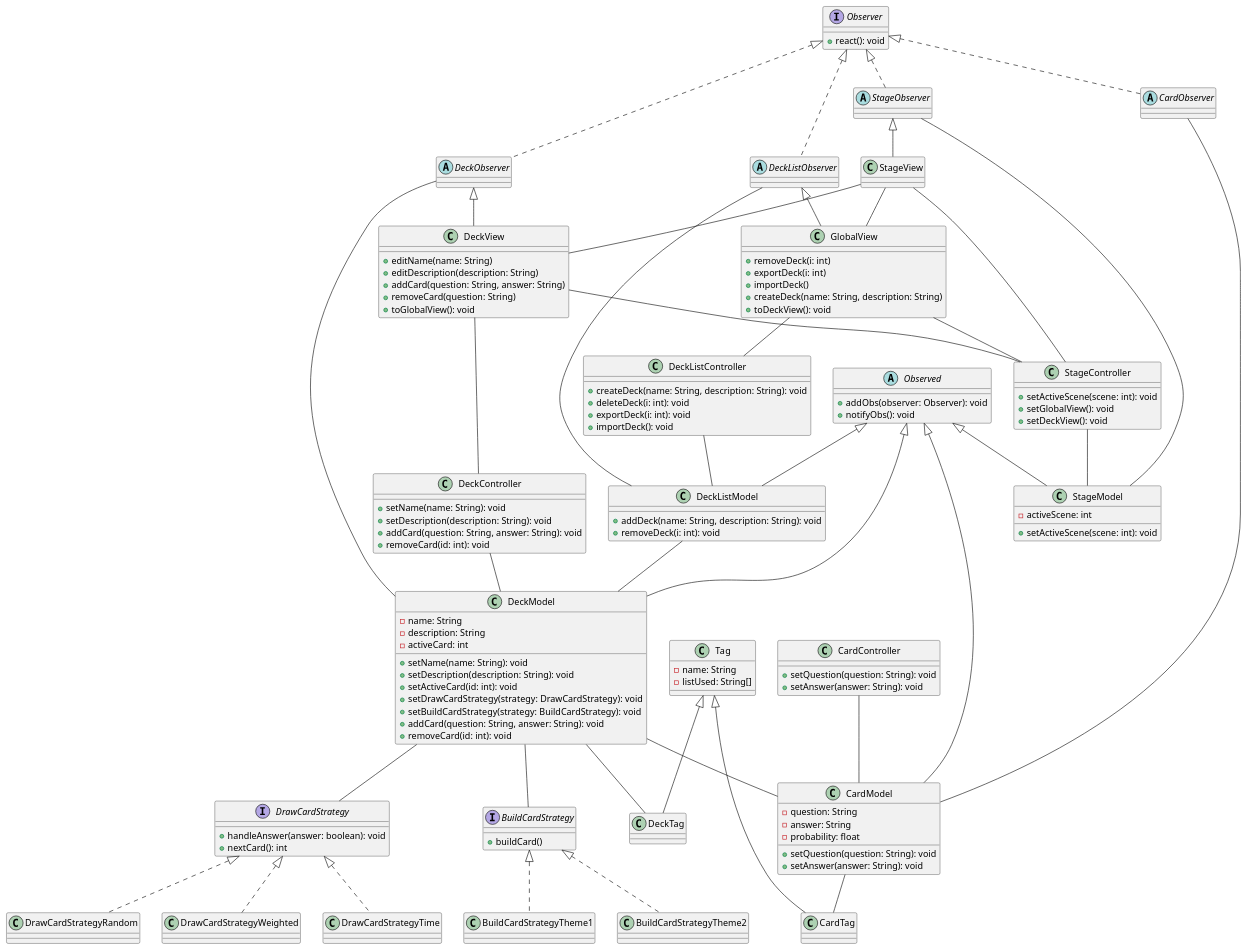
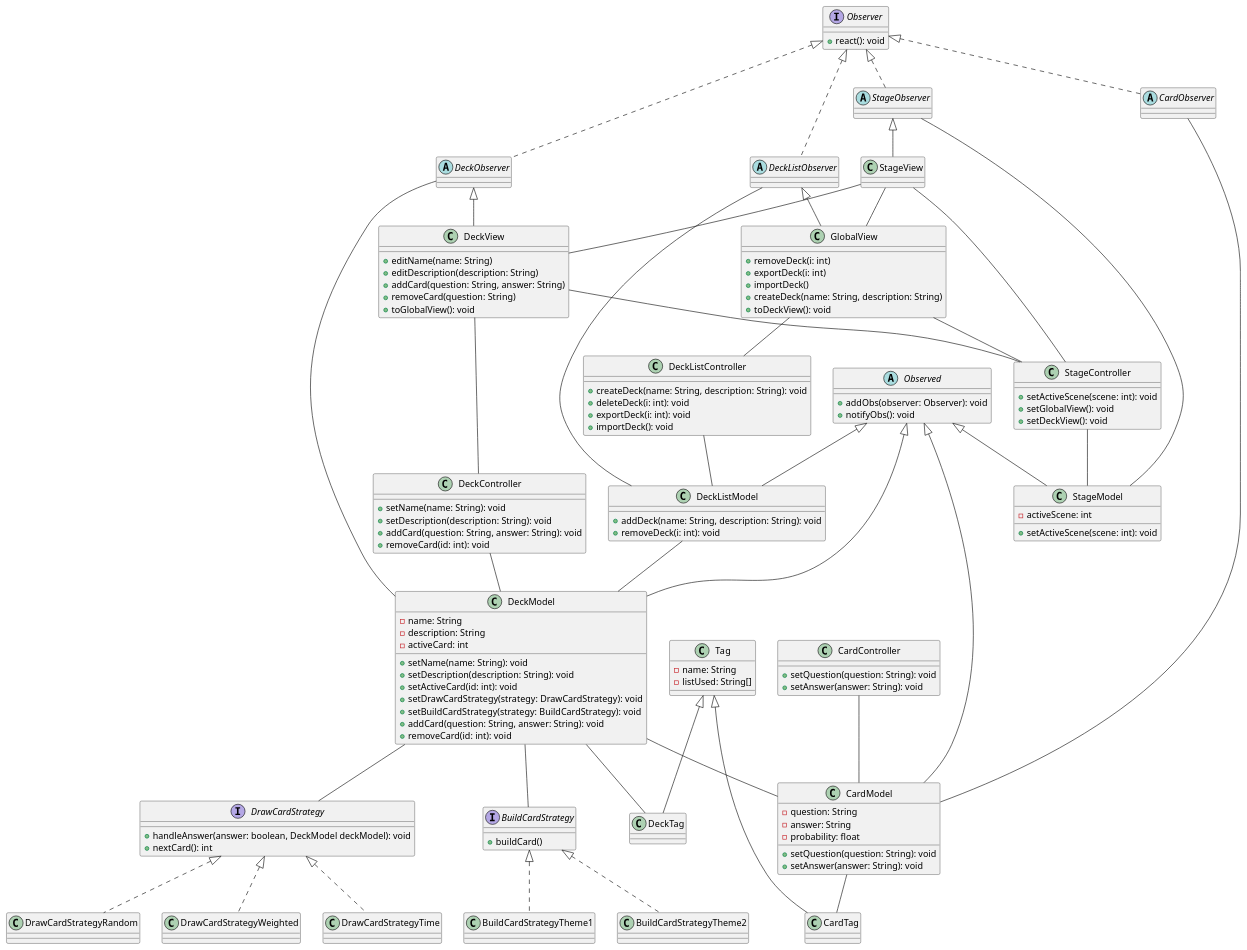
The diagram in GestionProjet/classDiagram.wsd (BigBaz54/TN_Flashcards), drawn with PlantUML before and after one commit.

Commit message:
[+] oubli diagramme classes

```diff
--- a/GestionProjet/classDiagram.wsd
+++ b/GestionProjet/classDiagram.wsd
@@ -1,161 +1,161 @@
 @startuml
 interface Observer {
     + react(): void
 }
 
 abstract class CardObserver implements Observer {
 }
 
 abstract class DeckObserver implements Observer {
 }
 
 abstract class DeckListObserver implements Observer {
 }
 
 abstract class StageObserver implements Observer {
 }
 
 abstract class Observed {
     + addObs(observer: Observer): void
     + notifyObs(): void
 }
 
 class GlobalView extends DeckListObserver {
     + removeDeck(i: int)
     + exportDeck(i: int)
     + importDeck()
     + createDeck(name: String, description: String)
     + toDeckView(): void
 }
 
 class DeckView extends DeckObserver {
     + editName(name: String)
     + editDescription(description: String)
     + addCard(question: String, answer: String)
     + removeCard(question: String)
     + toGlobalView(): void
 }
 
 class StageView extends StageObserver {
 }
 
 class DeckListModel extends Observed {
     + addDeck(name: String, description: String): void
     + removeDeck(i: int): void
 }
 
 class DeckModel extends Observed {
     - name: String
     - description: String
     - activeCard: int
     + setName(name: String): void
     + setDescription(description: String): void
     + setActiveCard(id: int): void
     + setDrawCardStrategy(strategy: DrawCardStrategy): void
     + setBuildCardStrategy(strategy: BuildCardStrategy): void
     + addCard(question: String, answer: String): void
     + removeCard(id: int): void
 }
 
 class CardModel extends Observed {
     - question: String
     - answer: String
     - probability: float
     + setQuestion(question: String): void
     + setAnswer(answer: String): void
 }
 
 class StageModel extends Observed {
     - activeScene: int
     + setActiveScene(scene: int): void
 }
 
 class DeckListController {
     + createDeck(name: String, description: String): void
     + deleteDeck(i: int): void
     + exportDeck(i: int): void
     + importDeck(): void
 }
 
 class DeckController {
     + setName(name: String): void
     + setDescription(description: String): void
     + addCard(question: String, answer: String): void
     + removeCard(id: int): void
 }
 
 class CardController {
     + setQuestion(question: String): void
     + setAnswer(answer: String): void
 }
 
 class StageController {
     + setActiveScene(scene: int): void
     + setGlobalView(): void
     + setDeckView(): void
 }
 
 class Tag {
     - name: String
     - listUsed: String[]
 }
 
 class CardTag extends Tag {
 }
 
 class DeckTag extends Tag {
 }
 
 interface DrawCardStrategy {
-    + handleAnswer(answer: boolean): void
+    + handleAnswer(answer: boolean, DeckModel deckModel): void
     + nextCard(): int
 }
 
 interface BuildCardStrategy {
     + buildCard()
 }
 
 class BuildCardStrategyTheme1 implements BuildCardStrategy {
 }
 
 class BuildCardStrategyTheme2 implements BuildCardStrategy {
 }
 
 class DrawCardStrategyRandom implements DrawCardStrategy {
 }
 
 class DrawCardStrategyWeighted implements DrawCardStrategy {
 }
 
 class DrawCardStrategyTime implements DrawCardStrategy {
 }
 
 CardObserver -- CardModel
 DeckObserver -- DeckModel
 DeckListObserver -- DeckListModel
 StageObserver -- StageModel
 
 GlobalView -- DeckListController
 DeckView -- DeckController
 StageView -- StageController
 GlobalView -- StageController
 DeckView -- StageController
 
 CardController -- CardModel
 DeckController -- DeckModel
 DeckListController -- DeckListModel
 StageController -- StageModel
 
 DeckModel -- DrawCardStrategy
 DeckModel -- BuildCardStrategy
 DeckModel -- CardModel
 DeckListModel -- DeckModel
 
 
 StageView -- DeckView
 StageView -- GlobalView
 
 CardModel -- CardTag
 DeckModel -- DeckTag
 
 @enduml
```
